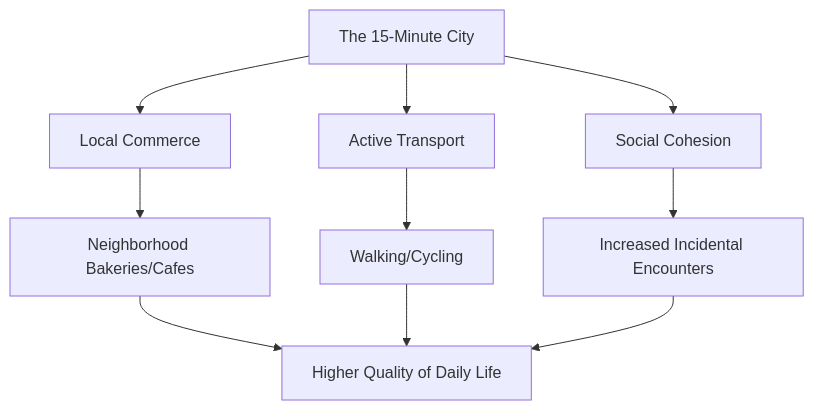
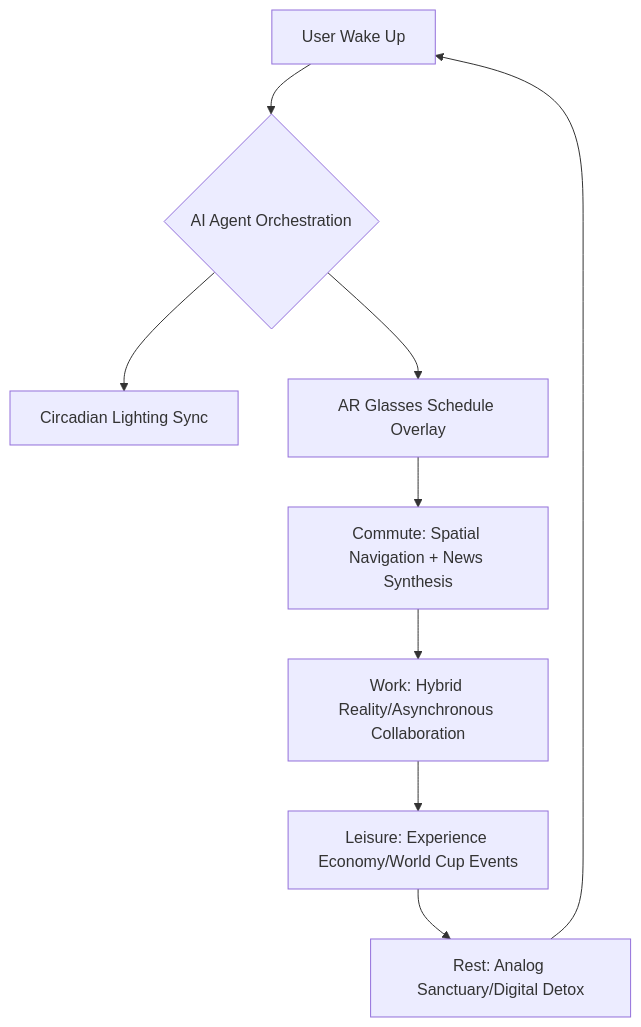
Before and after one commit to Thirupathi-pirate/ivy: the diagram in blog-source/_posts/2026-07-01-daily-life-and-culture-around-the-world.md, drawn with Mermaid. The commit also changed other lines of this file, not shown here.

Commit message:
Add post: 2026-07-01-daily-life-and-culture-around-the-world.md [skip ci]

````diff
--- a/blog-source/_posts/2026-07-01-daily-life-and-culture-around-the-world.md
+++ b/blog-source/_posts/2026-07-01-daily-life-and-culture-around-the-world.md
@@ -54,12 +80,11 @@
 ```mermaid
 graph TD
-    A[The 15-Minute City] --> B[Local Commerce]
-    A --> C[Active Transport]
-    A --> D[Social Cohesion]
-    B --> B1[Neighborhood Bakeries/Cafes]
-    C --> C1[Walking/Cycling]
-    D --> D1[Increased Incidental Encounters]
-    B1 --> E[Higher Quality of Daily Life]
-    C1 --> E
-    D1 --> E
+    A[User Wake Up] --> B{AI Agent Orchestration}
+    B --> C[Circadian Lighting Sync]
+    B --> D[AR Glasses Schedule Overlay]
+    D --> E[Commute: Spatial Navigation + News Synthesis]
+    E --> F[Work: Hybrid Reality/Asynchronous Collaboration]
+    F --> G[Leisure: Experience Economy/World Cup Events]
+    G --> H[Rest: Analog Sanctuary/Digital Detox]
+    H --> A
 ```
````
